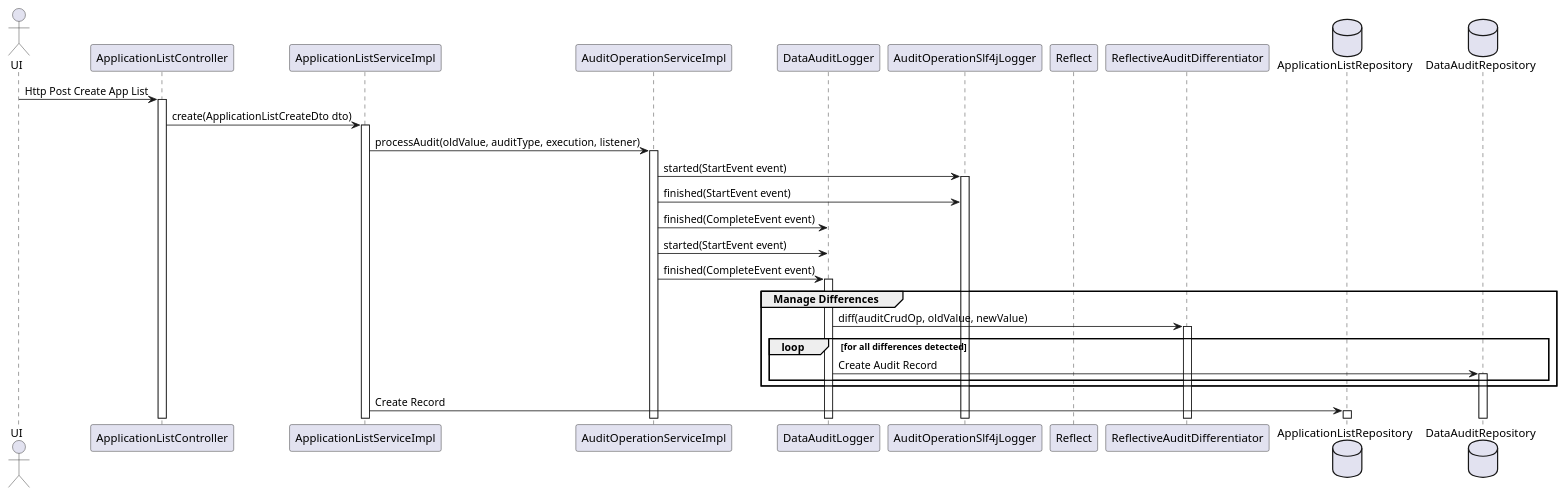
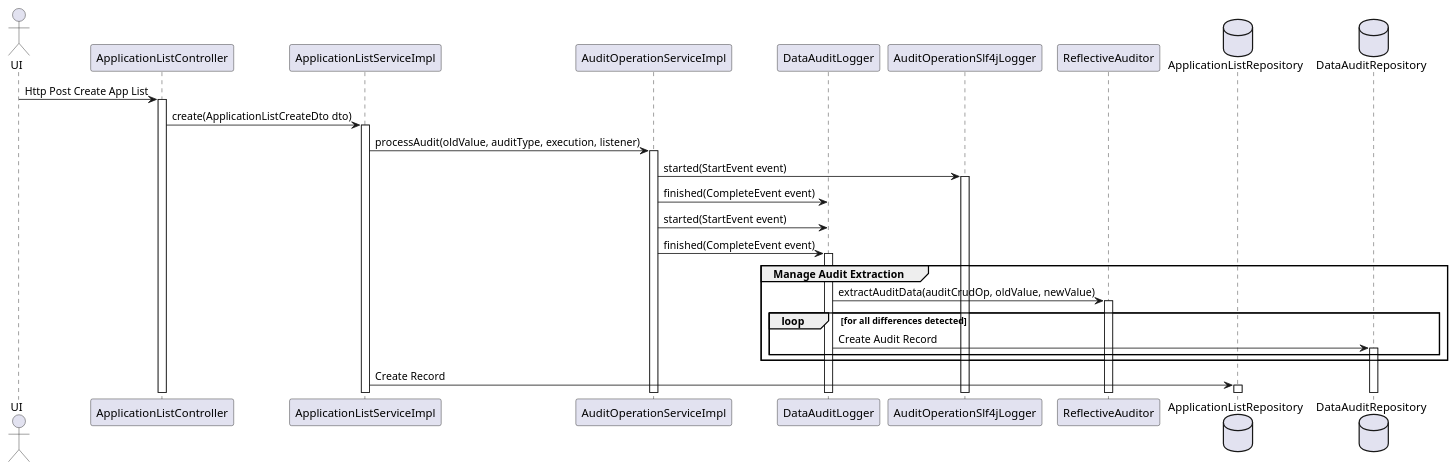
One commit to hmcts/appreg-api changed the diagram in design/audit_seq.puml. Above: the diagram before and after it, drawn with PlantUML. The commit also changed 15 other files, not shown here.

```diff
--- a/design/audit_seq.puml
+++ b/design/audit_seq.puml
@@ -1,51 +1,49 @@
 @startuml
 
 
 
 actor UI
 participant ApplicationListController
 participant ApplicationListServiceImpl
 participant AuditOperationServiceImpl
 participant DataAuditLogger
 participant AuditOperationSlf4jLogger
-participant Reflect
 
 UI->ApplicationListController : Http Post Create App List
 activate  ApplicationListController
 ApplicationListController -> ApplicationListServiceImpl : create(ApplicationListCreateDto dto)
 activate  ApplicationListServiceImpl
 
 ApplicationListServiceImpl -> AuditOperationServiceImpl : processAudit(oldValue, auditType, execution, listener)
 activate  AuditOperationServiceImpl
 
 AuditOperationServiceImpl -> AuditOperationSlf4jLogger : started(StartEvent event)
 activate  AuditOperationSlf4jLogger
 
-AuditOperationServiceImpl -> AuditOperationSlf4jLogger : finished(StartEvent event)
 
 AuditOperationServiceImpl -> DataAuditLogger : finished(CompleteEvent event)
 AuditOperationServiceImpl -> DataAuditLogger : started(StartEvent event)
 
 AuditOperationServiceImpl -> DataAuditLogger : finished(CompleteEvent event)
 activate  DataAuditLogger
 
-group Manage Differences
-DataAuditLogger -> ReflectiveAuditDifferentiator : diff(auditCrudOp, oldValue, newValue)
+group Manage Audit Extraction
+DataAuditLogger -> ReflectiveAuditor : extractAuditData(auditCrudOp, oldValue, newValue)
     loop for all differences detected
 
 
-activate  ReflectiveAuditDifferentiator
+activate  ReflectiveAuditor
 
 database ApplicationListRepository
 
 
 database DataAuditRepository
 
 DataAuditLogger -> DataAuditRepository : Create Audit Record
 activate  DataAuditRepository
     end
 end
 ApplicationListServiceImpl -> ApplicationListRepository : Create Record
 activate  ApplicationListRepository
 
 @enduml
```
